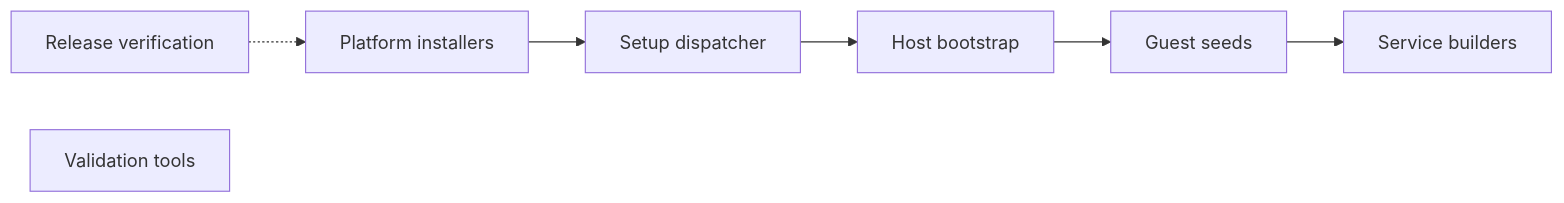
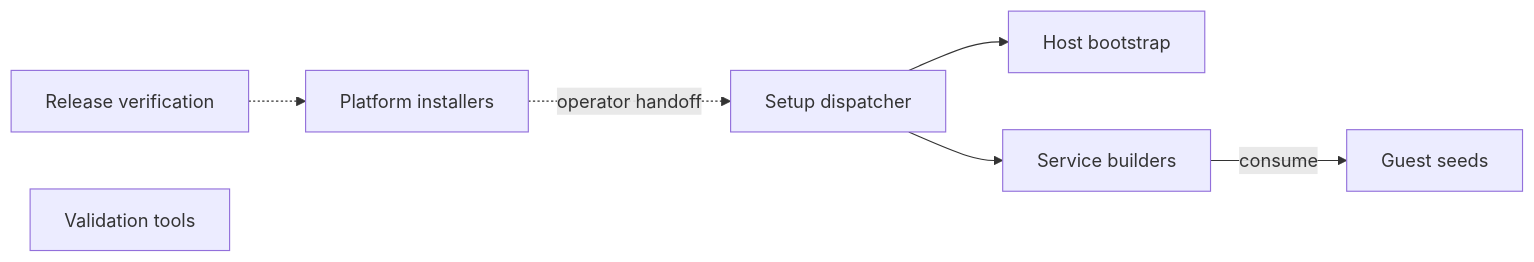
The first of 7 diagrams in docs/design/02-component-breakdown.md (alissonsol/yuruna), drawn with Mermaid before and after one commit. The commit also changed other lines of this file and 849 other files, not shown here.

````diff
--- a/docs/design/02-component-breakdown.md
+++ b/docs/design/02-component-breakdown.md
@@ -9,10 +7,11 @@
 ```mermaid
 flowchart LR
   %% optional -- signed release verification is user selected
   release-verification["Release verification"] -.-> platform-installers["Platform installers"]
-  platform-installers --> setup-dispatcher["Setup dispatcher"]
+  %% optional -- the operator separately invokes guided post-install setup
+  platform-installers -.->|"operator handoff"| setup-dispatcher["Setup dispatcher"]
   setup-dispatcher --> host-bootstrap["Host bootstrap"]
-  host-bootstrap --> guest-seeds["Guest seeds"]
-  guest-seeds --> service-builders["Service builders"]
+  setup-dispatcher --> service-builders["Service builders"]
+  service-builders -->|"consume"| guest-seeds["Guest seeds"]
   validation-tools["Validation tools"]
 ```
````
